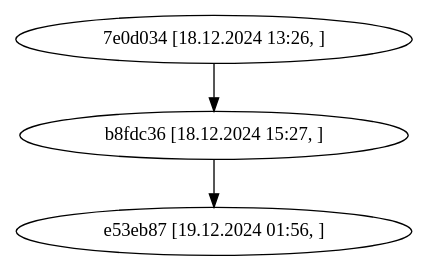
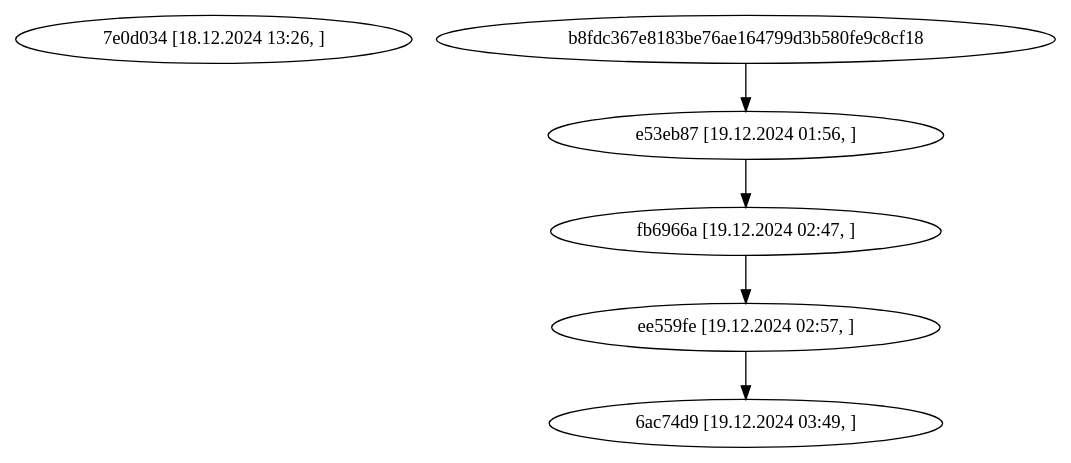
The diagram in graph.dot (Dpanov2302/kisscm-2), drawn with Graphviz before and after one commit. The commit also changed 4 other files, not shown here.

```diff
--- a/graph.dot
+++ b/graph.dot
@@ -1,7 +1,11 @@
 digraph G {
+    "7e0d034fbb2987d99ab9d942bcd3b0e0415ff1b0" [label="7e0d034 [18.12.2024 13:26, ]"];
     "e53eb8730545aefaca86092d9403a01d46cd29c9" [label="e53eb87 [19.12.2024 01:56, ]"];
     "b8fdc367e8183be76ae164799d3b580fe9c8cf18" -> "e53eb8730545aefaca86092d9403a01d46cd29c9";
-    "b8fdc367e8183be76ae164799d3b580fe9c8cf18" [label="b8fdc36 [18.12.2024 15:27, ]"];
-    "7e0d034fbb2987d99ab9d942bcd3b0e0415ff1b0" -> "b8fdc367e8183be76ae164799d3b580fe9c8cf18";
-    "7e0d034fbb2987d99ab9d942bcd3b0e0415ff1b0" [label="7e0d034 [18.12.2024 13:26, ]"];
+    "fb6966ab02b8aefc63fcab3bc7828abbc5b3052a" [label="fb6966a [19.12.2024 02:47, ]"];
+    "e53eb8730545aefaca86092d9403a01d46cd29c9" -> "fb6966ab02b8aefc63fcab3bc7828abbc5b3052a";
+    "ee559fea4fa0aaf2a2881c96a07137f7d24ea3d5" [label="ee559fe [19.12.2024 02:57, ]"];
+    "fb6966ab02b8aefc63fcab3bc7828abbc5b3052a" -> "ee559fea4fa0aaf2a2881c96a07137f7d24ea3d5";
+    "6ac74d99f5a5de21f3ecd1df0162a9101259e0c3" [label="6ac74d9 [19.12.2024 03:49, ]"];
+    "ee559fea4fa0aaf2a2881c96a07137f7d24ea3d5" -> "6ac74d99f5a5de21f3ecd1df0162a9101259e0c3";
 }
```
